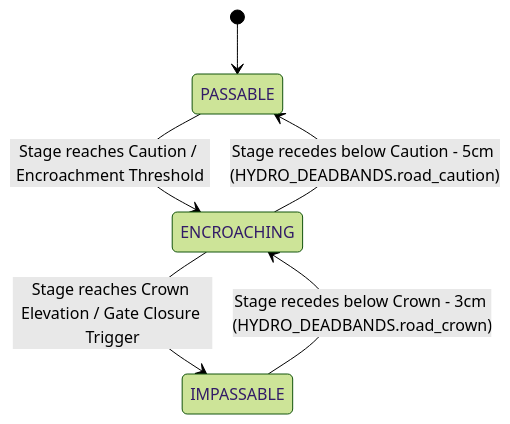
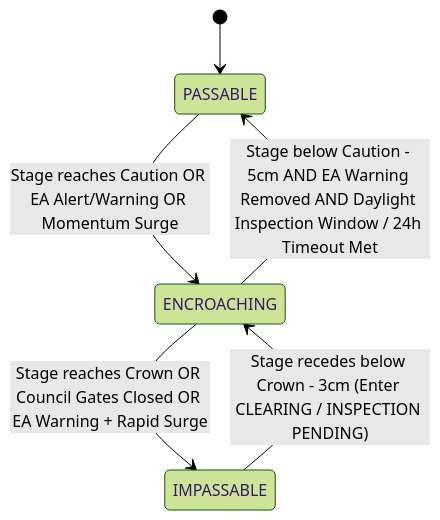
Before and after one commit to heretic098/flood-telemetry: the diagram in docs/road_network_passability_spec.md, drawn with Mermaid (forest theme). The commit also changed other lines of this file and 1 other file, not shown here.

Commit message:
docs: formalize road passability multi-factor model v3.0 and statutory triggers

````diff
--- a/docs/road_network_passability_spec.md
+++ b/docs/road_network_passability_spec.md
@@ -250,8 +244,8 @@
 ```mermaid
 stateDiagram-v2
     [*] --> PASSABLE
-    PASSABLE --> ENCROACHING: Stage reaches Caution / Encroachment Threshold
-    ENCROACHING --> IMPASSABLE: Stage reaches Crown Elevation / Gate Closure Trigger
-    IMPASSABLE --> ENCROACHING: Stage recedes below Crown - 3cm (HYDRO_DEADBANDS.road_crown)
-    ENCROACHING --> PASSABLE: Stage recedes below Caution - 5cm (HYDRO_DEADBANDS.road_caution)
+    PASSABLE --> ENCROACHING: Stage reaches Caution OR EA Alert/Warning OR Momentum Surge
+    ENCROACHING --> IMPASSABLE: Stage reaches Crown OR Council Gates Closed OR EA Warning + Rapid Surge
+    IMPASSABLE --> ENCROACHING: Stage recedes below Crown - 3cm (Enter CLEARING / INSPECTION PENDING)
+    ENCROACHING --> PASSABLE: Stage below Caution - 5cm AND EA Warning Removed AND Daylight Inspection Window / 24h Timeout Met
 ```
````
